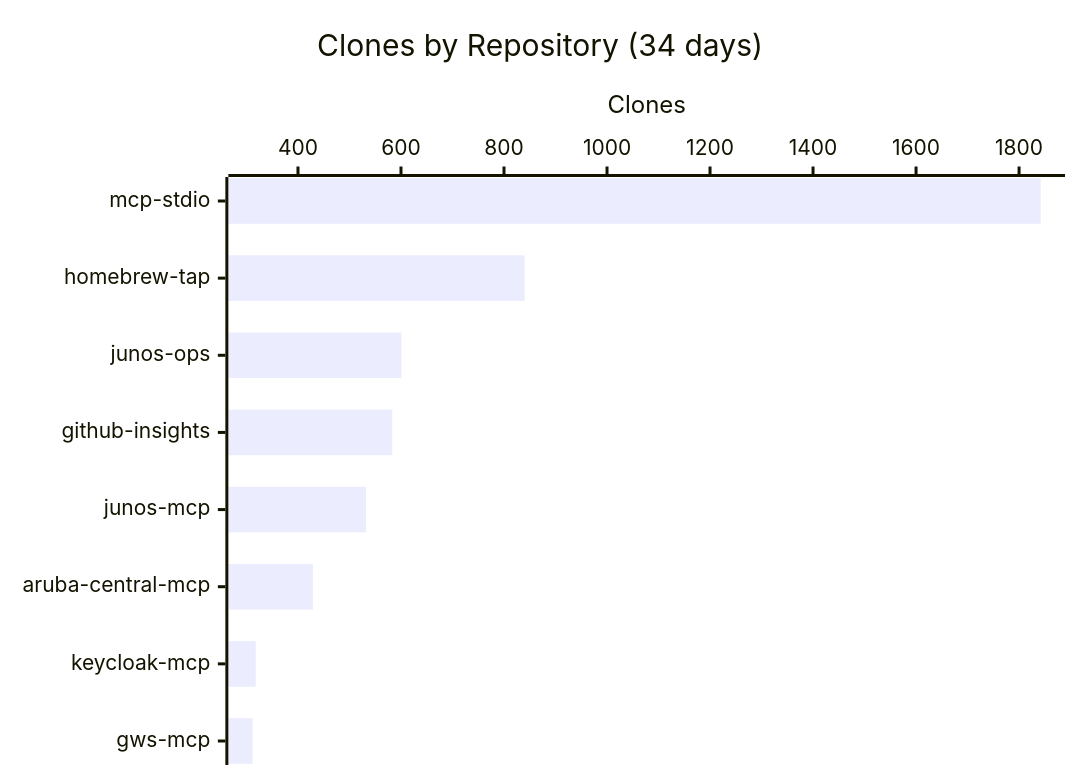
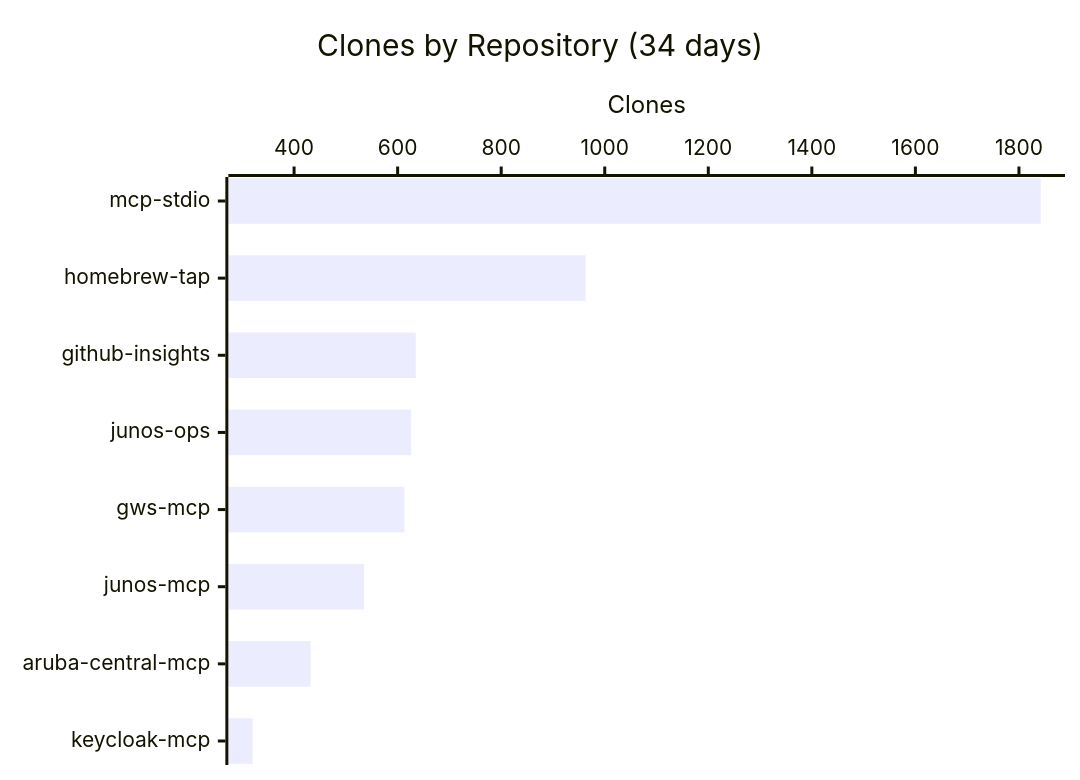
The third of 3 diagrams in README.md (shigechika/github-insights), drawn with Mermaid before and after one commit. The commit also changed other lines of this file and 1 other file, not shown here.

````diff
--- a/README.md
+++ b/README.md
@@ -34,7 +34,7 @@
 ```mermaid
 xychart-beta horizontal
     title "Clones by Repository (34 days)"
-    x-axis ["mcp-stdio", "homebrew-tap", "junos-ops", "github-insights", "junos-mcp", "aruba-central-mcp", "keycloak-mcp", "gws-mcp"]
+    x-axis ["mcp-stdio", "homebrew-tap", "github-insights", "junos-ops", "gws-mcp", "junos-mcp", "aruba-central-mcp", "keycloak-mcp"]
     y-axis "Clones"
-    bar [1842, 840, 601, 583, 532, 429, 318, 312]
+    bar [1842, 963, 635, 626, 613, 535, 432, 320]
 ```
````
